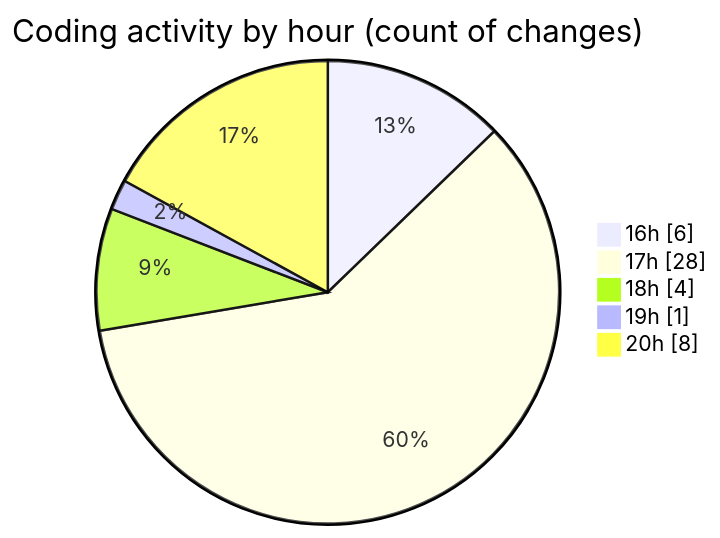
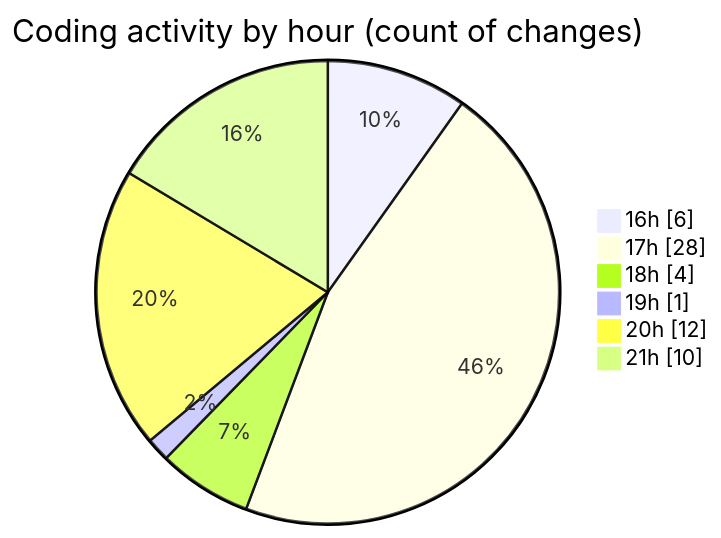
The second of 2 diagrams in 2025-06-24/scopecraft/README.md (Ritupan-Deka/code-tracking), drawn with Mermaid before and after one commit. The commit also changed other lines of this file and 1 other file, not shown here.

````diff
--- a/2025-06-24/scopecraft/README.md
+++ b/2025-06-24/scopecraft/README.md
@@ -40,9 +40,10 @@
 ```mermaid
 pie showData
 title Coding activity by hour (count of changes)
 "16h" : 6
 "17h" : 28
 "18h" : 4
 "19h" : 1
-"20h" : 8
+"20h" : 12
+"21h" : 10
 ```
````
